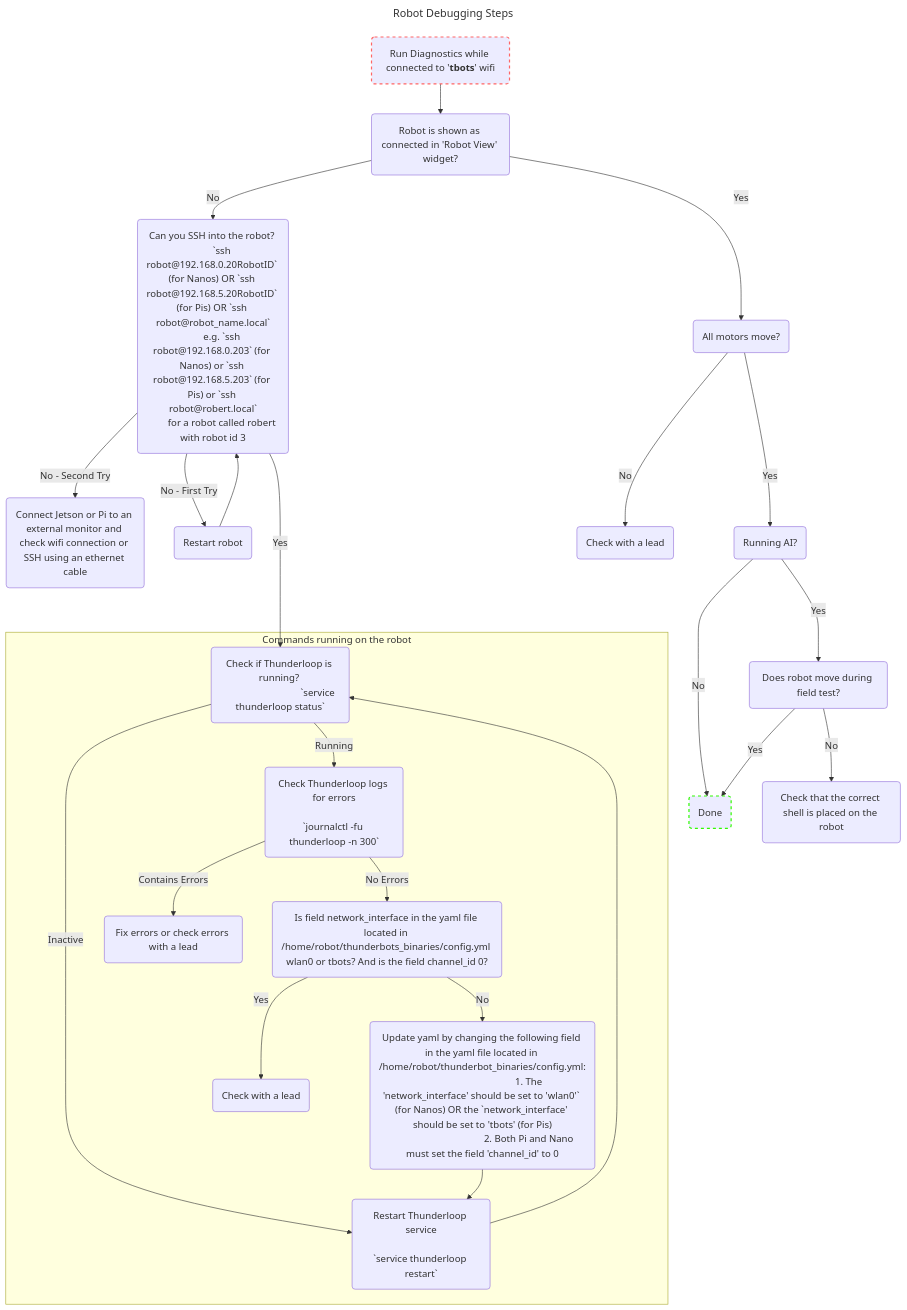
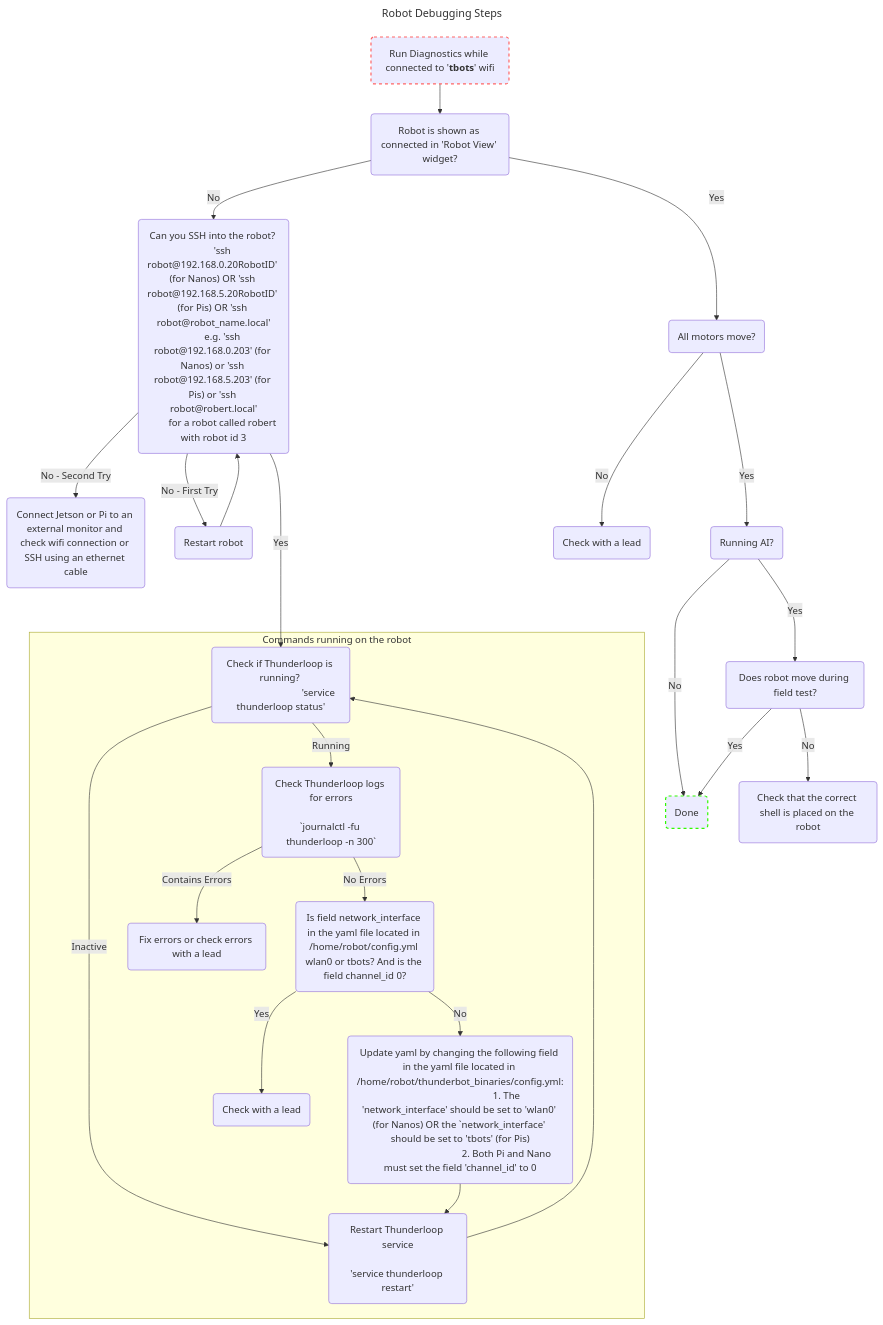
Before and after one commit to UBC-Thunderbots/Software: the diagram in docs/useful-robot-commands.md, drawn with Mermaid.

Commit message:
updated documentaion for displaying

````diff
--- a/docs/useful-robot-commands.md
+++ b/docs/useful-robot-commands.md
@@ -29,47 +29,47 @@
 ```mermaid
 ---
 title: Robot Debugging Steps
 ---
 flowchart TD
     ssh("Can you SSH into the robot? 
-        `ssh robot@192.168.0.20RobotID` (for Nanos) OR `ssh robot@192.168.5.20RobotID` (for Pis) OR `ssh robot@robot_name.local`
-        e.g. `ssh robot@192.168.0.203` (for Nanos) or `ssh robot@192.168.5.203` (for Pis) or `ssh robot@robert.local`
+        'ssh robot@192.168.0.20RobotID' (for Nanos) OR 'ssh robot@192.168.5.20RobotID' (for Pis) OR 'ssh robot@robot_name.local'
+        e.g. 'ssh robot@192.168.0.203' (for Nanos) or 'ssh robot@192.168.5.203' (for Pis) or 'ssh robot@robert.local'
         for a robot called robert with robot id 3")
     ssh ---> |Yes| tloop_status
     ssh --> |No - Second Try| monitor("Connect Jetson or Pi to an external monitor and check wifi connection or SSH using an ethernet cable")
     ssh --> |No - First Try| restart(Restart robot)
     restart --> ssh
 
     diagnostics("`Run Diagnostics while connected to '**tbots**' wifi`") --> robot_view
     robot_view(Robot is shown as connected in 'Robot View' widget?) --> |Yes| check_motors(All motors move?)
     style diagnostics stroke:#f66,stroke-width:2px,stroke-dasharray: 5 5
 
     check_motors -->|Yes| field_test(Running AI?)
     field_test -->|No| done(Done)
     style done stroke:#30fa02,stroke-width:2px,stroke-dasharray: 5 5
     field_test -->|Yes| field_test_moves(Does robot move during field test?)
     field_test_moves --> |No| check_shell("`Check that the correct shell is placed on the robot`")
     check_shell
     field_test_moves --> |Yes| done
 
     robot_view --> |No| ssh
     check_motors -->|No| rip
     rip(Check with a lead)
                   
     subgraph ssh_graph [Commands running on the robot]
     tloop_status(Check if Thunderloop is running? 
-                               `service thunderloop status`)
+                               'service thunderloop status')
     tloop_status --> |Inactive| tloop_restart(Restart Thunderloop service
-                                              `service thunderloop restart`)
+                                              'service thunderloop restart')
     tloop_status --> |Running| tloop_logs(Check Thunderloop logs for errors
                                           `journalctl -fu thunderloop -n 300`)
-    tloop_logs --> |No Errors| check_yaml(Is field network_interface in the yaml file located in /home/robot/thunderbots_binaries/config.yml wlan0 or tbots? And is the field channel_id 0?)
+    tloop_logs --> |No Errors| check_yaml(Is field network_interface in the yaml file located in /home/robot/config.yml wlan0 or tbots? And is the field channel_id 0?)
     tloop_logs --> |Contains Errors| rip2("Fix errors or check errors with a lead")
     check_yaml --> |No| update_yaml("Update yaml by changing the following field in the yaml file located in /home/robot/thunderbot_binaries/config.yml:
-                                      1. The 'network_interface' should be set to 'wlan0'` (for Nanos) OR the `network_interface' should be set to 'tbots' (for Pis)
+                                      1. The 'network_interface' should be set to 'wlan0' (for Nanos) OR the `network_interface' should be set to 'tbots' (for Pis)
                                       2. Both Pi and Nano must set the field 'channel_id' to 0")
     check_yaml --> |Yes| rip3(Check with a lead)
     update_yaml --> tloop_restart
     tloop_restart --> tloop_status
     end
 ```
````
